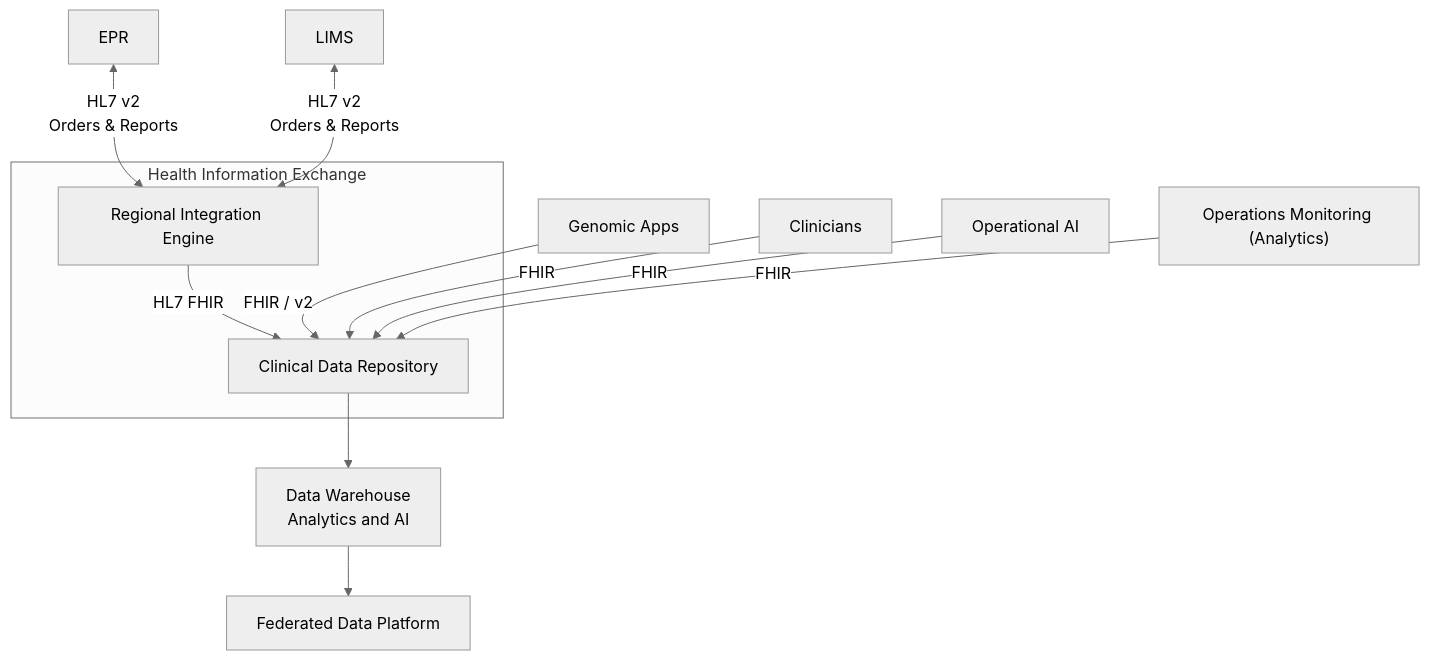
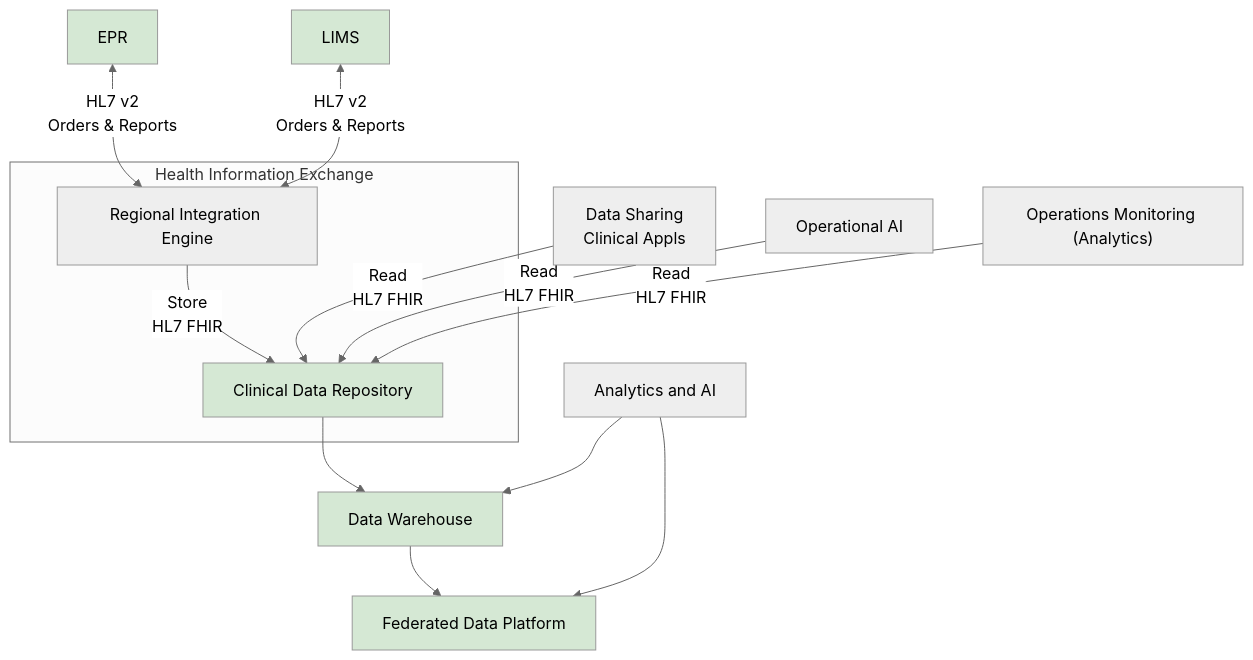
One commit to uk-gov-mirror/nw-gmsa.nw-gmsa.github.com changed the first of 2 diagrams in input/pagecontent/data-contracts.md. Above: the diagram before and after it, drawn with Mermaid (neutral theme).

Commit message:
Wording change

````diff
--- a/input/pagecontent/data-contracts.md
+++ b/input/pagecontent/data-contracts.md
@@ -4,17 +4,21 @@
 ```mermaid
 graph TD
     EHR[EPR] <--> |HL7 v2<br/>Orders & Reports| RIE
     LIMS[LIMS] <--> |HL7 v2<br/>Orders & Reports| RIE
 
     subgraph HIE["Health Information Exchange"]
-        RIE[Regional Integration Engine] --> |HL7 FHIR| CDR[Clinical Data Repository]
+        RIE[Regional Integration Engine] --> |Store<br/>HL7 FHIR| CDR[Clinical Data Repository]
     end
+    Clinician[Data Sharing<br/>Clinical Appls] --> |Read<br/>HL7 FHIR| CDR
+    AI[Operational AI] --> |Read<br/>HL7 FHIR| CDR
+    Ops["Operations Monitoring (Analytics)"] --> |Read<br/>HL7 FHIR| CDR
 
-    GA[Genomic Apps] --> |FHIR / v2| CDR
-    Clinician[Clinicians] --> |FHIR| CDR
-    AI[Operational AI] --> |FHIR| CDR
-    Ops["Operations Monitoring (Analytics)"] --> |FHIR| CDR
+    CDR --> OLAP[Data Warehouse]
+    A[Analytics and AI] --> OLAP
+    OLAP --> FDP[Federated Data Platform]
+    A --> FDP
 
-    CDR --> OLAP[Data Warehouse<br/>Analytics and AI]
-    OLAP --> FDP[Federated Data Platform]
+    classDef green fill:#D5E8D4;
+
+    class FDP,OLAP,CDR,LIMS,EHR green
 ```
````
